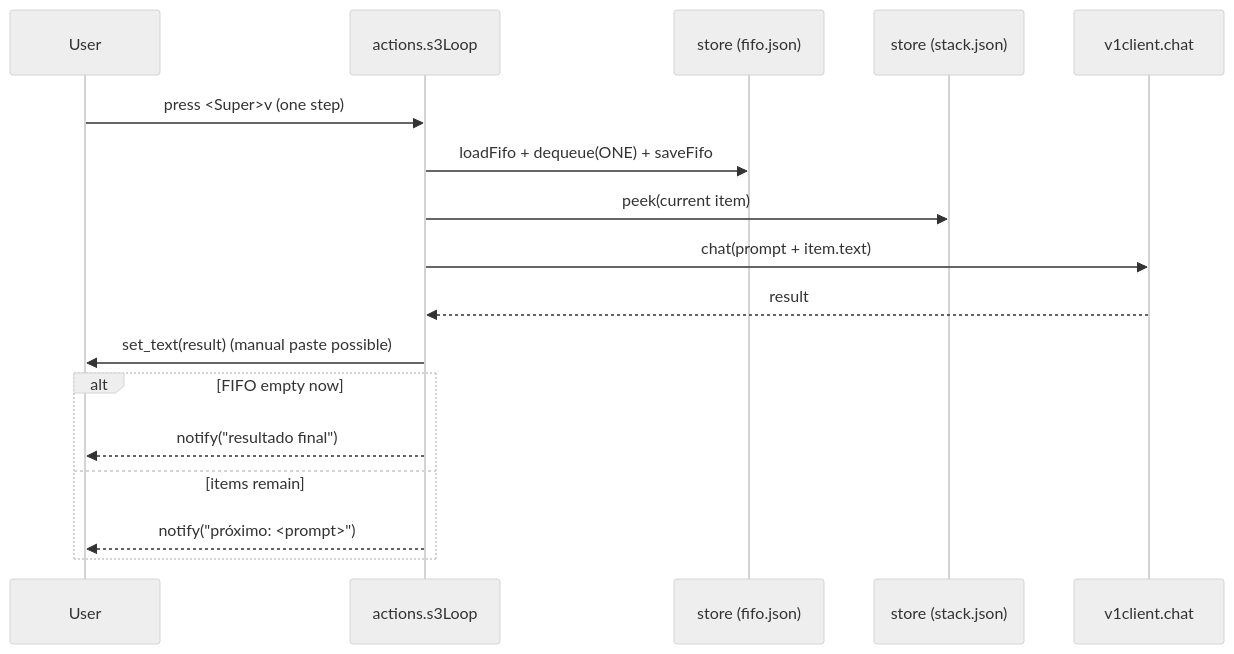
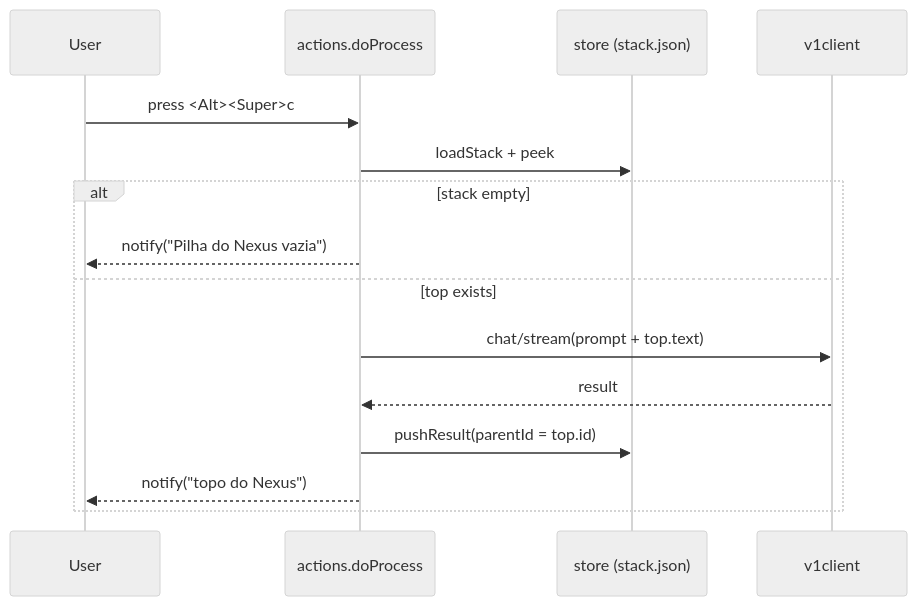
Before and after one commit to bbanho/nexus-clip-gnome: the third of 5 diagrams in docs/ARCHITECTURE.md, drawn with Mermaid (neutral theme). The commit also changed other lines of this file and 44 other files, not shown here.

````diff
--- a/docs/ARCHITECTURE.md
+++ b/docs/ARCHITECTURE.md
@@ -134,19 +144,17 @@
 ```mermaid
 sequenceDiagram
   participant U as User
-  participant S as actions.s3Loop
-  participant F as store (fifo.json)
+  participant S as actions.doProcess
   participant St as store (stack.json)
-  participant V as v1client.chat
-  U->>S: press <Super>v  (one step)
-  S->>F: loadFifo + dequeue(ONE) + saveFifo
-  S->>St: peek(current item)
-  S->>V: chat(prompt + item.text)
-  V-->>S: result
-  S->>U: set_text(result)  (manual paste possible)
-  alt FIFO empty now
-    S-->>U: notify("resultado final")
-  else items remain
-    S-->>U: notify("próximo: <prompt>")
+  participant V as v1client
+  U->>S: press <Alt><Super>c
+  S->>St: loadStack + peek
+  alt stack empty
+    S-->>U: notify("Pilha do Nexus vazia")
+  else top exists
+    S->>V: chat/stream(prompt + top.text)
+    V-->>S: result
+    S->>St: pushResult(parentId = top.id)
+    S-->>U: notify("topo do Nexus")
   end
 ```
````
